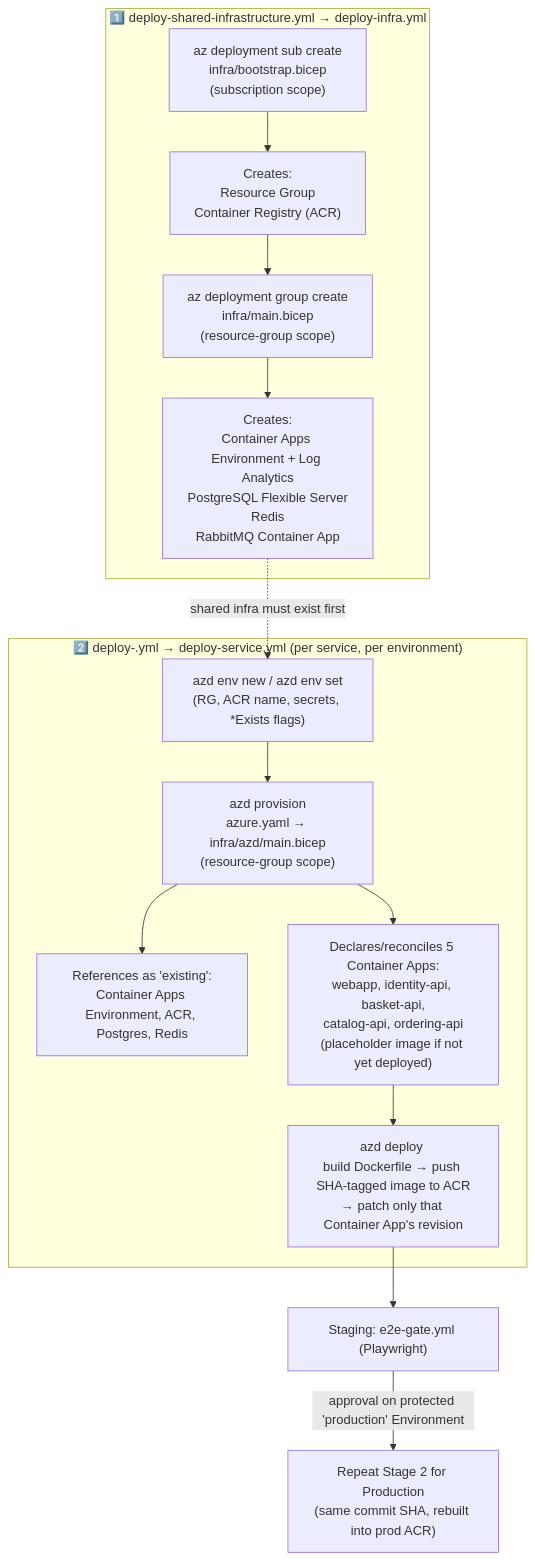
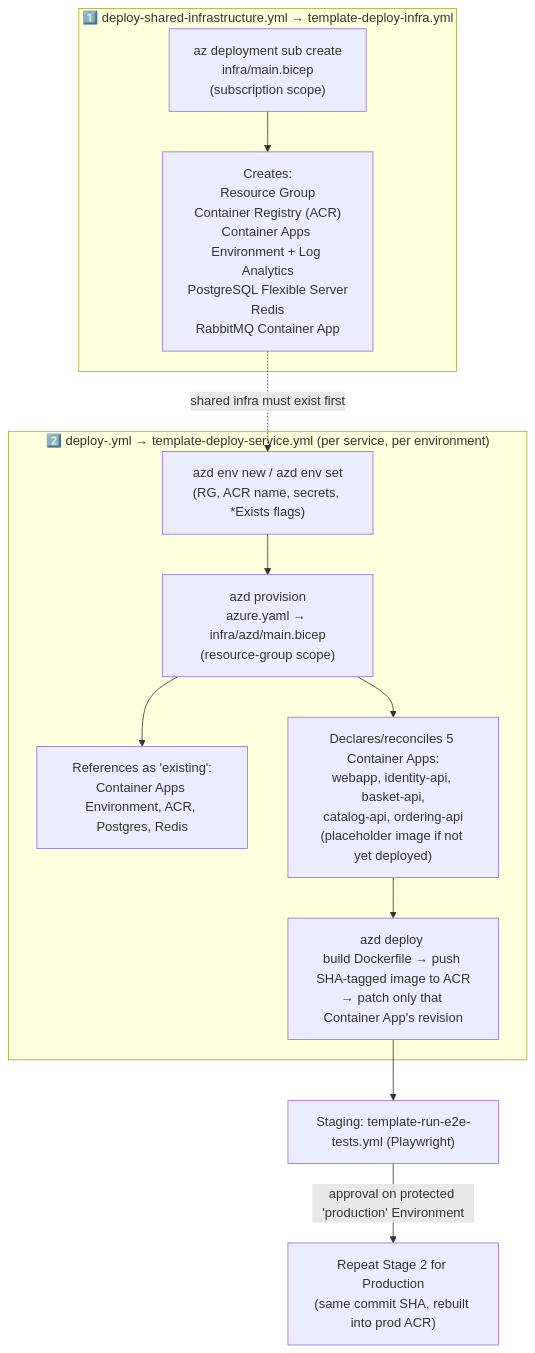
Before and after one commit to Xebia-Xpirit-Assessments/assessment-joostvoskuil: the diagram in infra/README.md, drawn with Mermaid. The commit also changed other lines of this file and 21 other files, not shown here.

First line of the commit message:
Add CI/CD workflows and refactor infrastructure deployment (#42)

````diff
--- a/infra/README.md
+++ b/infra/README.md
@@ -90,19 +89,17 @@
 ```mermaid
 flowchart TD
-    subgraph Stage1["1️⃣ deploy-shared-infrastructure.yml → deploy-infra.yml"]
-        A["az deployment sub create\ninfra/bootstrap.bicep\n(subscription scope)"] --> A1["Creates:\nResource Group\nContainer Registry (ACR)"]
-        A1 --> B["az deployment group create\ninfra/main.bicep\n(resource-group scope)"]
-        B --> B1["Creates:\nContainer Apps Environment + Log Analytics\nPostgreSQL Flexible Server\nRedis\nRabbitMQ Container App"]
+    subgraph Stage1["1️⃣ deploy-shared-infrastructure.yml → template-deploy-infra.yml"]
+        A["az deployment sub create\ninfra/main.bicep\n(subscription scope)"] --> A1["Creates:\nResource Group\nContainer Registry (ACR)\nContainer Apps Environment + Log Analytics\nPostgreSQL Flexible Server\nRedis\nRabbitMQ Container App"]
     end
 
-    subgraph Stage2["2️⃣ deploy-<service>.yml → deploy-service.yml (per service, per environment)"]
+    subgraph Stage2["2️⃣ deploy-<service>.yml → template-deploy-service.yml (per service, per environment)"]
         C["azd env new / azd env set\n(RG, ACR name, secrets, *Exists flags)"] --> D["azd provision\nazure.yaml → infra/azd/main.bicep\n(resource-group scope)"]
         D --> D1["References as 'existing':\nContainer Apps Environment, ACR, Postgres, Redis"]
         D --> D2["Declares/reconciles 5 Container Apps:\nwebapp, identity-api, basket-api,\ncatalog-api, ordering-api\n(placeholder image if not yet deployed)"]
         D2 --> E["azd deploy <service>\nbuild Dockerfile → push SHA-tagged image to ACR\n→ patch only that Container App's revision"]
     end
 
-    B1 -.->|"shared infra must exist first"| C
-    E --> F["Staging: e2e-gate.yml (Playwright)"]
+    A1 -.->|"shared infra must exist first"| C
+    E --> F["Staging: template-run-e2e-tests.yml (Playwright)"]
     F -->|"approval on protected 'production' Environment"| C2["Repeat Stage 2 for Production\n(same commit SHA, rebuilt into prod ACR)"]
 ```
````
